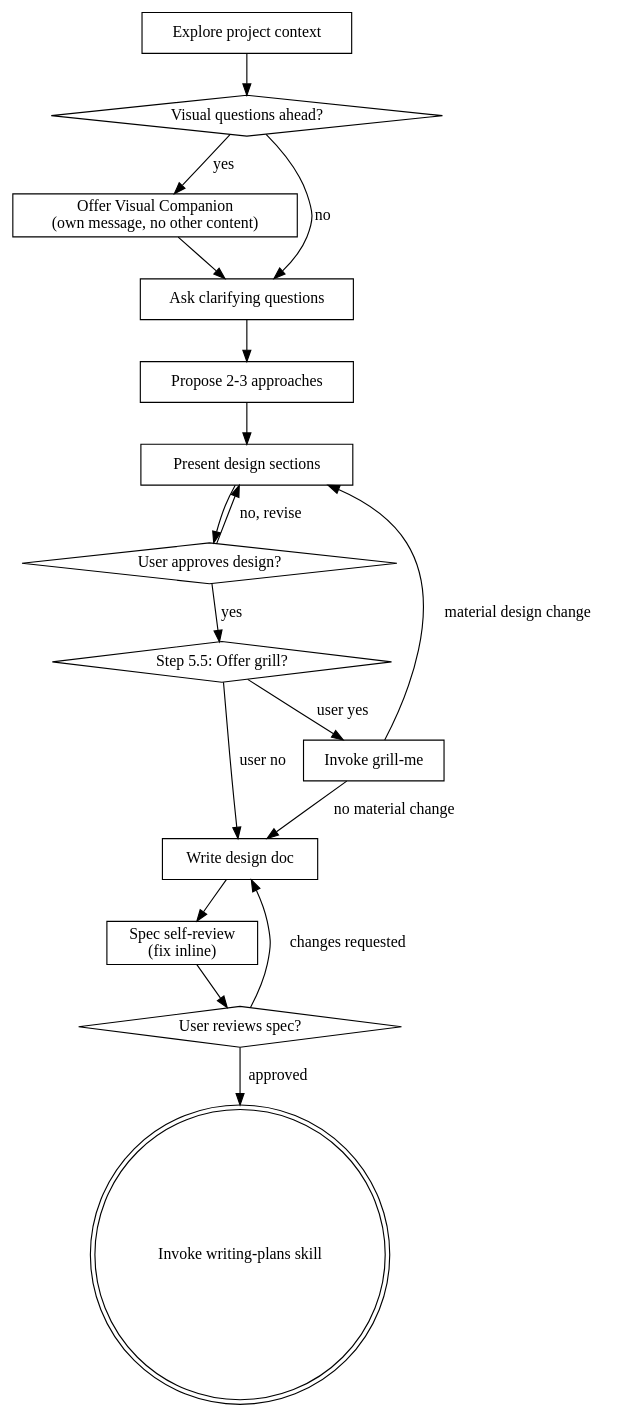
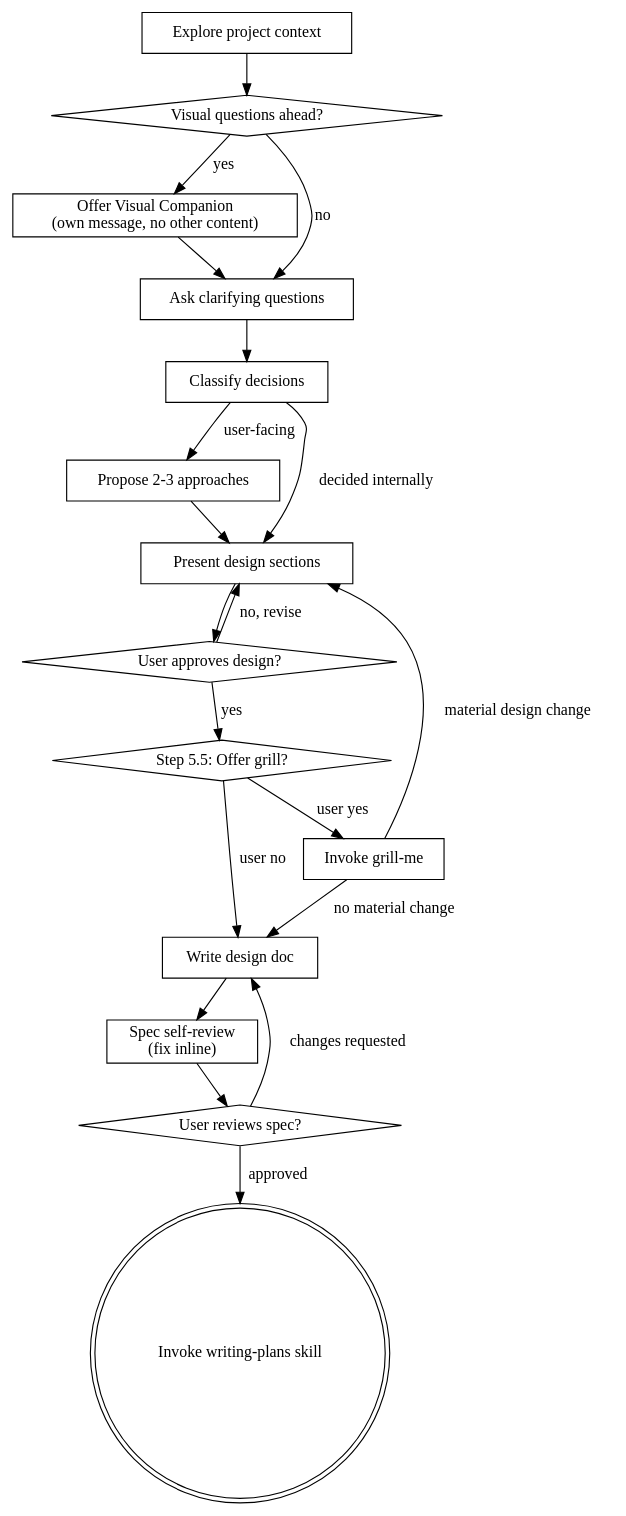
The diagram in skills/brainstorming/SKILL.md (chris-yyau/busdriver), drawn with Graphviz before and after one commit. The commit also changed other lines of this file and 1 other file, not shown here.

````diff
--- a/skills/brainstorming/SKILL.md
+++ b/skills/brainstorming/SKILL.md
@@ -45,35 +45,38 @@
 ```dot
 digraph brainstorming {
     "Explore project context" [shape=box];
     "Visual questions ahead?" [shape=diamond];
     "Offer Visual Companion\n(own message, no other content)" [shape=box];
     "Ask clarifying questions" [shape=box];
+    "Classify decisions" [shape=box];
     "Propose 2-3 approaches" [shape=box];
     "Present design sections" [shape=box];
     "User approves design?" [shape=diamond];
     "Step 5.5: Offer grill?" [shape=diamond];
     "Invoke grill-me" [shape=box];
     "Write design doc" [shape=box];
     "Spec self-review\n(fix inline)" [shape=box];
     "User reviews spec?" [shape=diamond];
     "Invoke writing-plans skill" [shape=doublecircle];
 
     "Explore project context" -> "Visual questions ahead?";
     "Visual questions ahead?" -> "Offer Visual Companion\n(own message, no other content)" [label="yes"];
     "Visual questions ahead?" -> "Ask clarifying questions" [label="no"];
     "Offer Visual Companion\n(own message, no other content)" -> "Ask clarifying questions";
-    "Ask clarifying questions" -> "Propose 2-3 approaches";
+    "Ask clarifying questions" -> "Classify decisions";
+    "Classify decisions" -> "Propose 2-3 approaches" [label="user-facing"];
+    "Classify decisions" -> "Present design sections" [label="decided internally"];
     "Propose 2-3 approaches" -> "Present design sections";
     "Present design sections" -> "User approves design?";
     "User approves design?" -> "Present design sections" [label="no, revise"];
     "User approves design?" -> "Step 5.5: Offer grill?" [label="yes"];
     "Step 5.5: Offer grill?" -> "Invoke grill-me" [label="user yes"];
     "Step 5.5: Offer grill?" -> "Write design doc" [label="user no"];
     "Invoke grill-me" -> "Present design sections" [label="material design change"];
     "Invoke grill-me" -> "Write design doc" [label="no material change"];
     "Write design doc" -> "Spec self-review\n(fix inline)";
     "Spec self-review\n(fix inline)" -> "User reviews spec?";
     "User reviews spec?" -> "Write design doc" [label="changes requested"];
     "User reviews spec?" -> "Invoke writing-plans skill" [label="approved"];
 }
 ```
````
